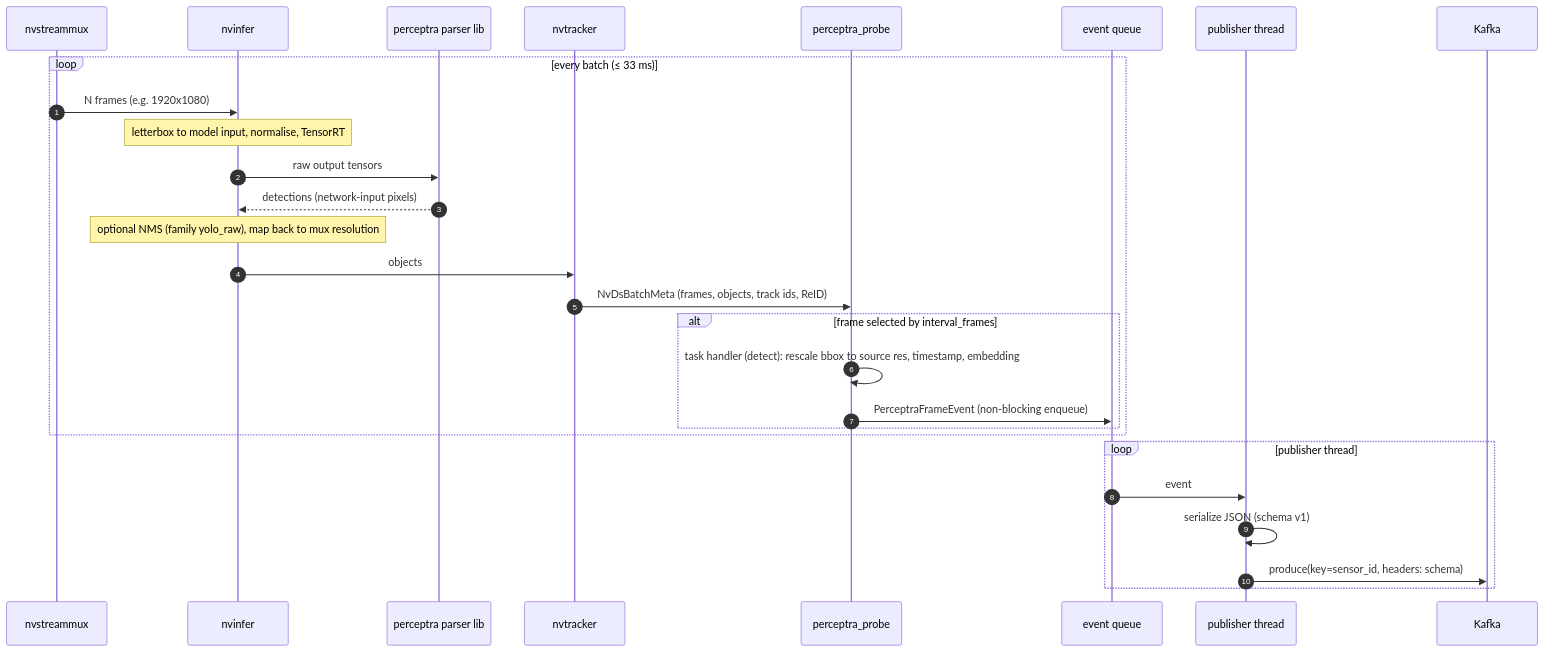
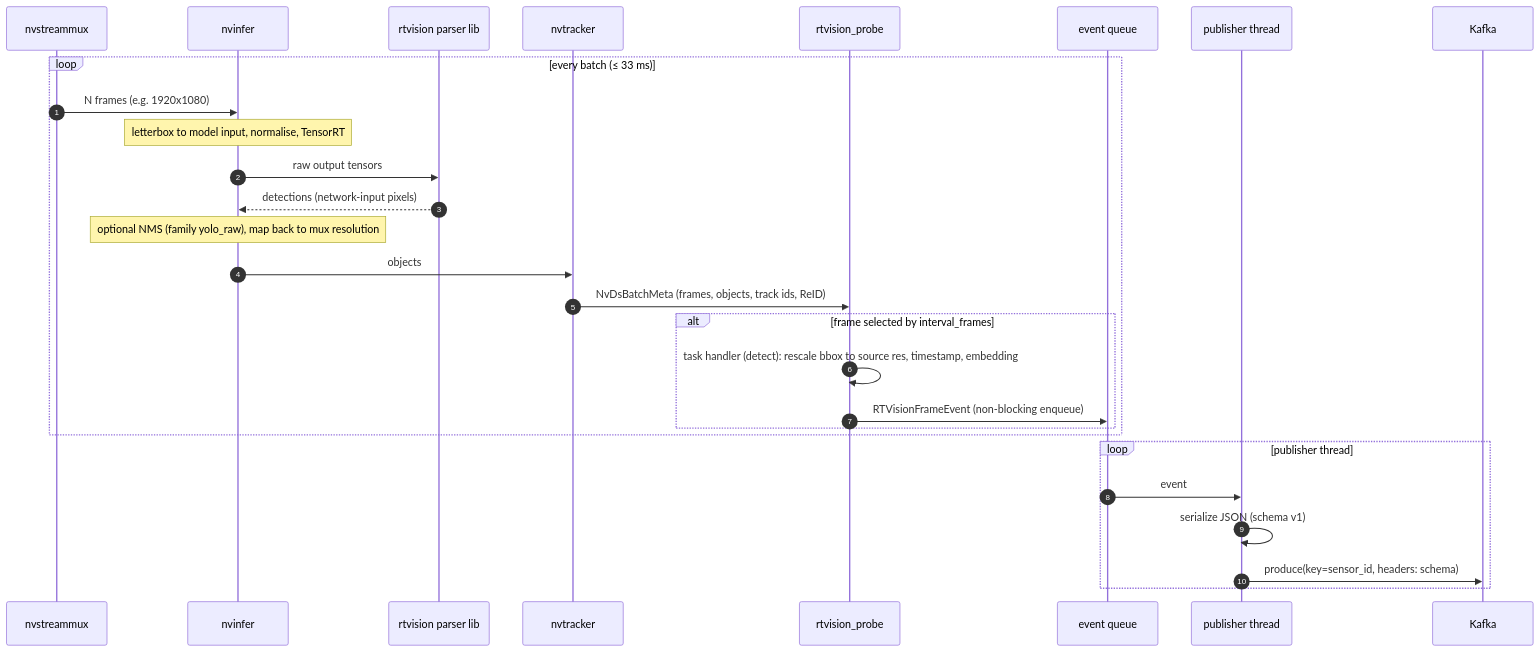
Before and after one commit to abhinand4as/rtvision: the fourth of 4 diagrams in ARCHITECTURE.md, drawn with Mermaid. The commit also changed other lines of this file and 128 other files, not shown here.

First line of the commit message:
refactor!: rename the project from Perceptra to RTVision

````diff
--- a/ARCHITECTURE.md
+++ b/ARCHITECTURE.md
@@ -157,31 +157,31 @@
 ```mermaid
 sequenceDiagram
     autonumber
     participant Mux as nvstreammux
     participant Inf as nvinfer
-    participant Prs as perceptra parser lib
+    participant Prs as rtvision parser lib
     participant Trk as nvtracker
-    participant Probe as perceptra_probe
+    participant Probe as rtvision_probe
     participant Q as event queue
     participant Pub as publisher thread
     participant K as Kafka
 
     loop every batch (≤ 33 ms)
         Mux->>Inf: N frames (e.g. 1920x1080)
         Note over Inf: letterbox to model input, normalise, TensorRT
         Inf->>Prs: raw output tensors
         Prs-->>Inf: detections (network-input pixels)
         Note over Inf: optional NMS (family yolo_raw), map back to mux resolution
         Inf->>Trk: objects
         Trk->>Probe: NvDsBatchMeta (frames, objects, track ids, ReID)
         alt frame selected by interval_frames
             Probe->>Probe: task handler (detect): rescale bbox to source res, timestamp, embedding
-            Probe->>Q: PerceptraFrameEvent (non-blocking enqueue)
+            Probe->>Q: RTVisionFrameEvent (non-blocking enqueue)
         end
     end
     loop publisher thread
         Q->>Pub: event
         Pub->>Pub: serialize JSON (schema v1)
         Pub->>K: produce(key=sensor_id, headers: schema)
     end
 ```
````
